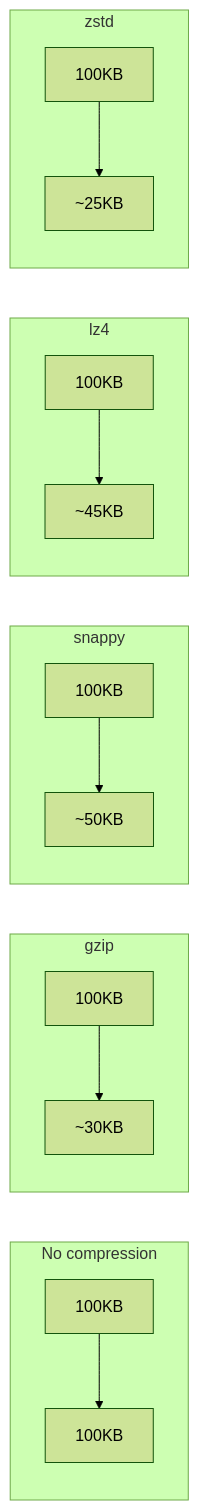
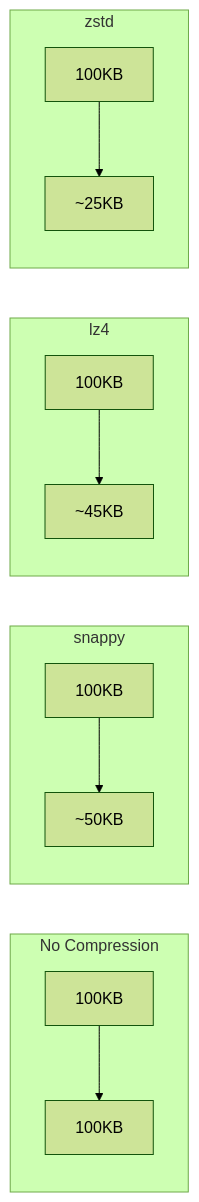
The third of 4 diagrams in content/en/docs/kafka/concepts/producer-tuning.md (advanced-beginner/advanced-beginner.github.io), drawn with Mermaid (forest theme) before and after one commit. The commit also changed other lines of this file and 7 other files, not shown here.

````diff
--- a/content/en/docs/kafka/concepts/producer-tuning.md
+++ b/content/en/docs/kafka/concepts/producer-tuning.md
@@ -198,22 +147,18 @@
 ```mermaid
 flowchart LR
-    subgraph NoComp["No compression"]
+    subgraph NoComp["No Compression"]
         NC1["100KB"] --> NC2["100KB"]
-    end
-
-    subgraph GZIP["gzip"]
-        G1["100KB"] --> G2["~30KB"]
     end
 
     subgraph Snappy["snappy"]
         S1["100KB"] --> S2["~50KB"]
     end
 
     subgraph LZ4["lz4"]
         L1["100KB"] --> L2["~45KB"]
     end
 
     subgraph ZSTD["zstd"]
         Z1["100KB"] --> Z2["~25KB"]
     end
 ```
````
